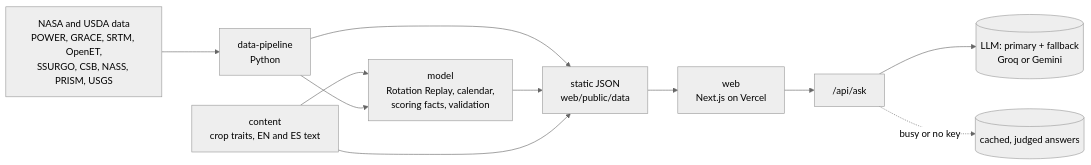
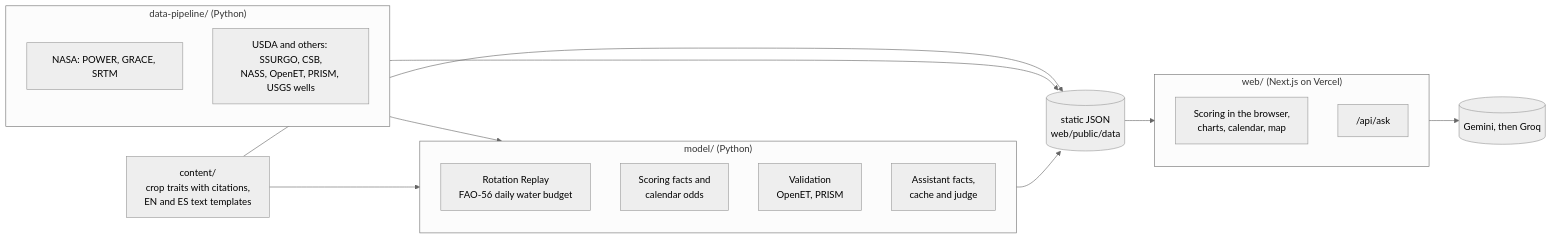
The first of 2 diagrams in README.md (mrudduni/Glean), drawn with Mermaid (neutral theme) before and after one commit. The commit also changed other lines of this file and 18 other files, not shown here.

````diff
--- a/README.md
+++ b/README.md
@@ -63,13 +182,30 @@
 ```mermaid
 flowchart LR
-  A["NASA and USDA data<br/>POWER, GRACE, SRTM, OpenET,<br/>SSURGO, CSB, NASS, PRISM, USGS"] --> B["data-pipeline<br/>Python"]
-  C["content<br/>crop traits, EN and ES text"] --> D
-  B --> D["model<br/>Rotation Replay, calendar,<br/>scoring facts, validation"]
-  B --> E["static JSON<br/>web/public/data"]
-  D --> E
-  C --> E
-  E --> F["web<br/>Next.js on Vercel"]
-  F --> G["/api/ask"]
-  G --> H[("LLM: primary + fallback<br/>Groq or Gemini")]
-  G -. "busy or no key" .-> I[("cached, judged answers")]
+  subgraph D["data-pipeline/ (Python)"]
+    direction TB
+    N["NASA: POWER, GRACE, SRTM"]
+    U["USDA and others: SSURGO, CSB,<br/>NASS, OpenET, PRISM, USGS wells"]
+  end
+  C["content/<br/>crop traits with citations,<br/>EN and ES text templates"]
+  subgraph M["model/ (Python)"]
+    direction TB
+    R["Rotation Replay<br/>FAO-56 daily water budget"]
+    S["Scoring facts and<br/>calendar odds"]
+    V["Validation<br/>OpenET, PRISM"]
+    A["Assistant facts,<br/>cache and judge"]
+  end
+  J[("static JSON<br/>web/public/data")]
+  subgraph W["web/ (Next.js on Vercel)"]
+    direction TB
+    UI["Scoring in the browser,<br/>charts, calendar, map"]
+    API["/api/ask"]
+  end
+  L[("Gemini, then Groq")]
+  D --> M
+  C --> M
+  D --> J
+  M --> J
+  C --> J
+  J --> W
+  API --> L
 ```
````
